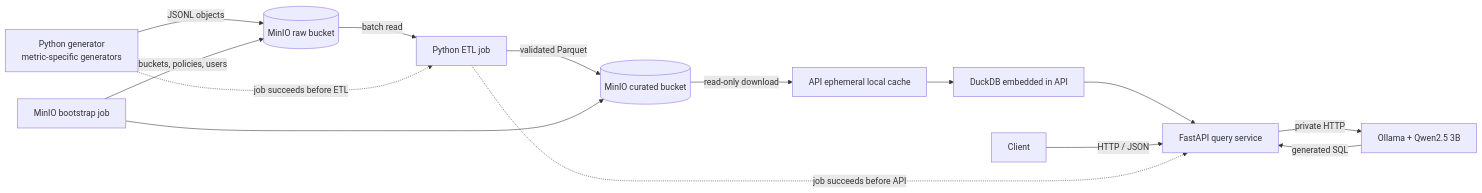
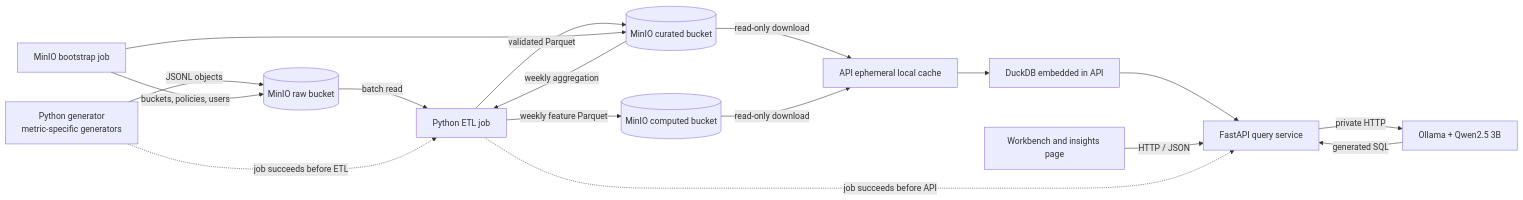
Before and after one commit to Milandenice/AI-Queryable-Health-Data-System: the diagram in README.md, drawn with Mermaid. The commit also changed other lines of this file and 22 other files, not shown here.

````diff
--- a/README.md
+++ b/README.md
@@ -18,16 +19,19 @@
 ```mermaid
 flowchart LR
     U[Python generator<br/>metric-specific generators] -->|JSONL objects| R[(MinIO raw bucket)]
     R -->|batch read| E[Python ETL job]
     E -->|validated Parquet| C[(MinIO curated bucket)]
+    C -->|weekly aggregation| E
+    E -->|weekly feature Parquet| G[(MinIO computed bucket)]
     C -->|read-only download| L[API ephemeral local cache]
+    G -->|read-only download| L
     L --> Q[DuckDB embedded in API]
     Q --> A[FastAPI query service]
-    Client -->|HTTP / JSON| A
+    Client[Workbench and insights page] -->|HTTP / JSON| A
     A -->|private HTTP| M[Ollama + Qwen2.5 3B]
     M -->|generated SQL| A
     B[MinIO bootstrap job] -->|buckets, policies, users| R
     B --> C
     U -. job succeeds before ETL .-> E
     E -. job succeeds before API .-> A
 ```
````
